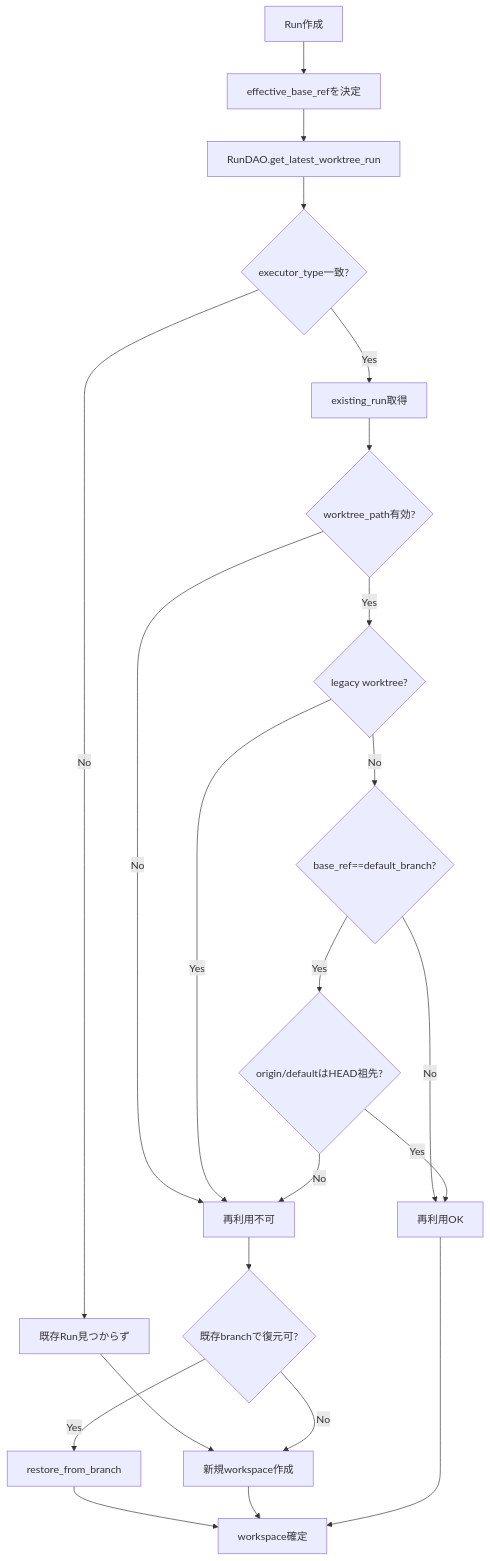
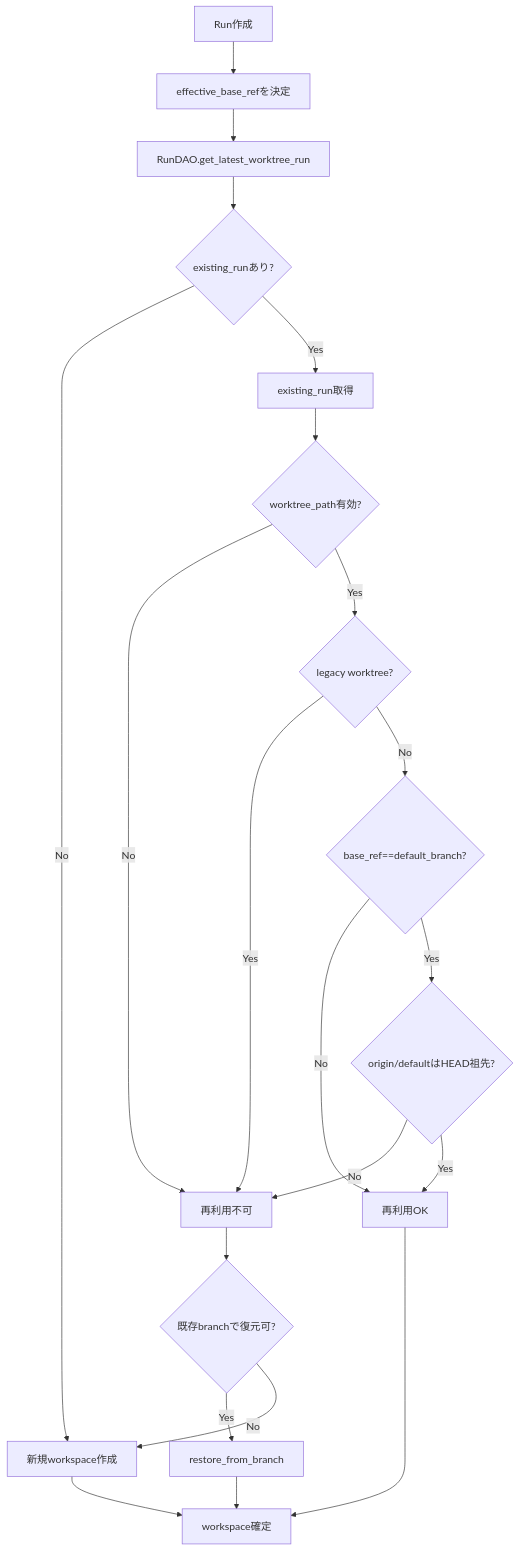
Before and after one commit to hampen2929/zloth: the first of 3 diagrams in docs/workspace_branch_v2.md, drawn with Mermaid. The commit also changed other lines of this file, not shown here.

````diff
--- a/docs/workspace_branch_v2.md
+++ b/docs/workspace_branch_v2.md
@@ -18,24 +17,23 @@
 ```mermaid
 flowchart TD
     A[Run作成] --> B[effective_base_refを決定]
     B --> C[RunDAO.get_latest_worktree_run]
-    C --> D{executor_type一致?}
-    D -->|No| E[既存Run見つからず]
+    C --> D{existing_runあり?}
+    D -->|No| G[新規workspace作成]
     D -->|Yes| F[existing_run取得]
-    E --> G[新規workspace作成]
     F --> H{worktree_path有効?}
     H -->|No| I[再利用不可]
     H -->|Yes| J{legacy worktree?}
     J -->|Yes| I
     J -->|No| K{base_ref==default_branch?}
     K -->|No| L[再利用OK]
     K -->|Yes| M{origin/defaultはHEAD祖先?}
     M -->|No| I
     M -->|Yes| L
     I --> N{既存branchで復元可?}
     N -->|Yes| O[restore_from_branch]
     N -->|No| G
     O --> P[workspace確定]
     G --> P
     L --> P
 ```
````
